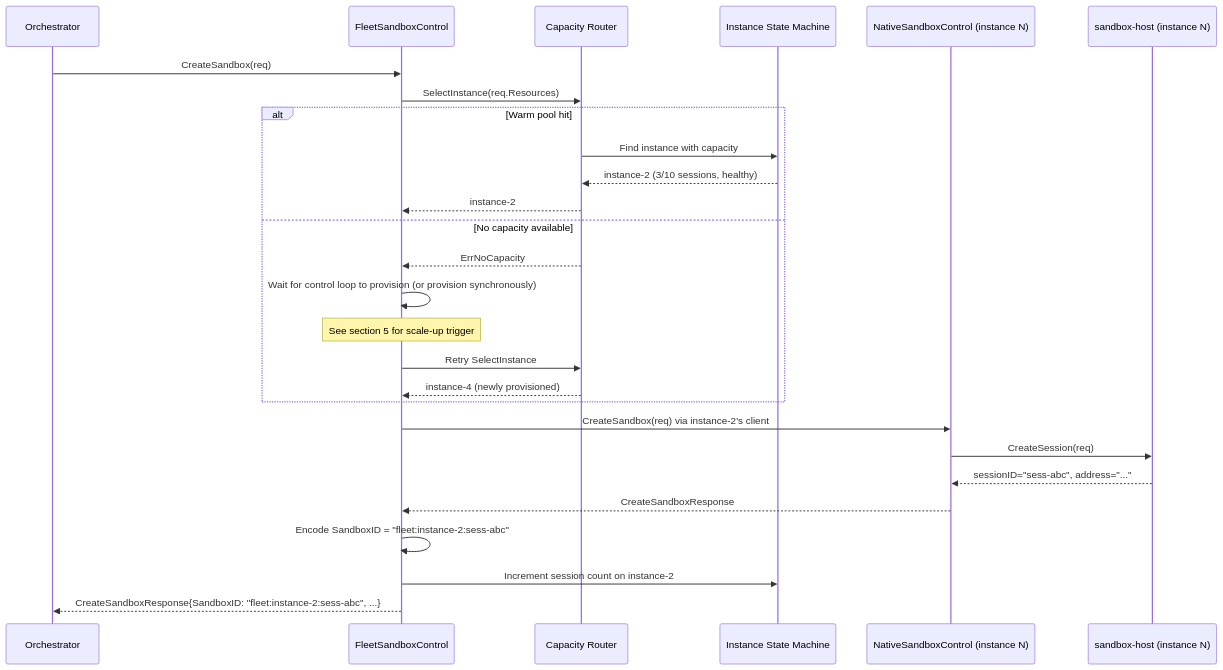
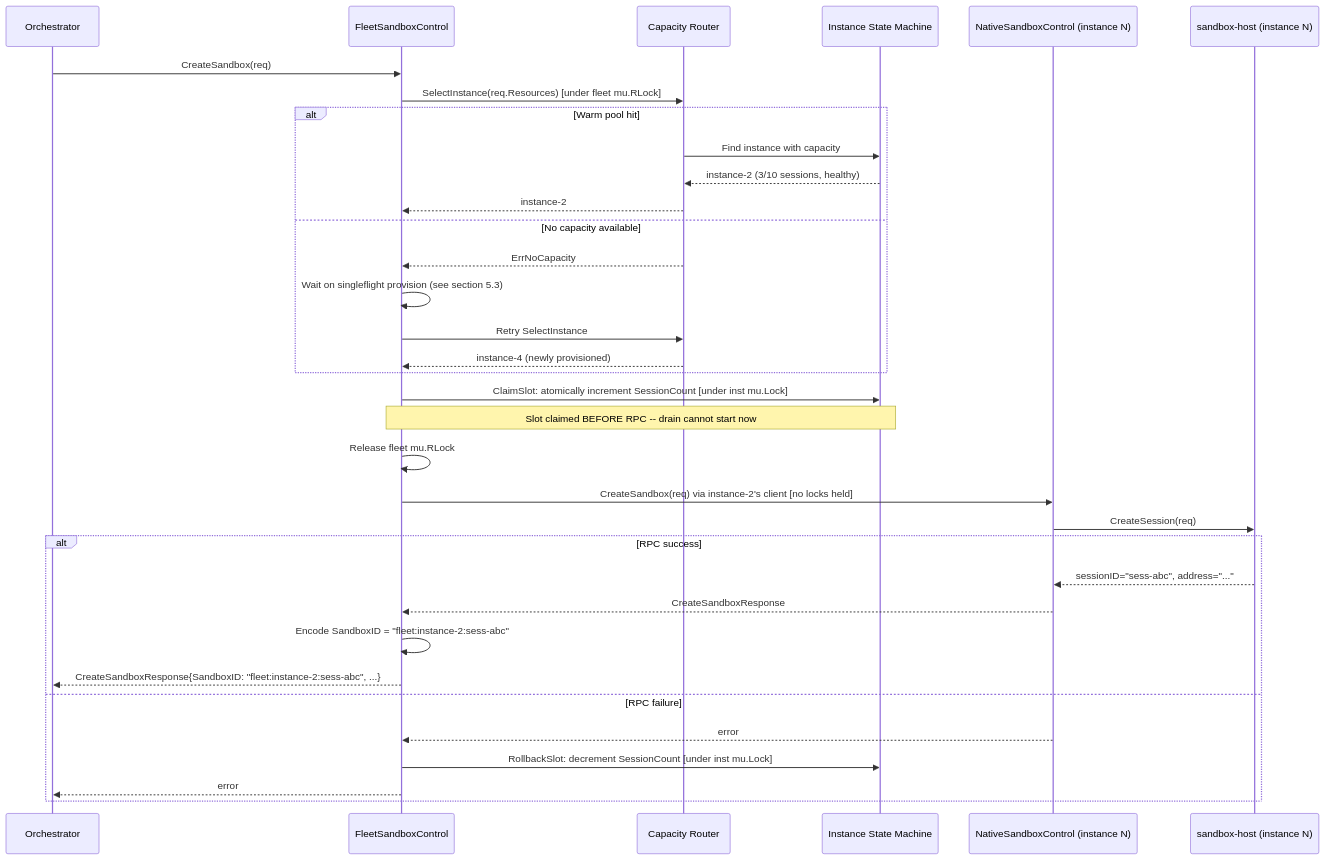
The second of 4 diagrams in docs/plans/20-fleet-management.md (dcosson/flex-agent-runtime), drawn with Mermaid before and after one commit. The commit also changed other lines of this file and 2 other files, not shown here.

First line of the commit message:
Incorporate review feedback into fleet management plan (20-fleet-management)

````diff
--- a/docs/plans/20-fleet-management.md
+++ b/docs/plans/20-fleet-management.md
@@ -325,33 +464,41 @@
 ```mermaid
 sequenceDiagram
     participant Caller as Orchestrator
     participant FSC as FleetSandboxControl
     participant RT as Capacity Router
     participant ISM as Instance State Machine
     participant NSC as NativeSandboxControl (instance N)
     participant SH as sandbox-host (instance N)
 
     Caller->>FSC: CreateSandbox(req)
-    FSC->>RT: SelectInstance(req.Resources)
+    FSC->>RT: SelectInstance(req.Resources) [under fleet mu.RLock]
 
     alt Warm pool hit
         RT->>ISM: Find instance with capacity
         ISM-->>RT: instance-2 (3/10 sessions, healthy)
         RT-->>FSC: instance-2
     else No capacity available
         RT-->>FSC: ErrNoCapacity
-        FSC->>FSC: Wait for control loop to provision (or provision synchronously)
-        Note over FSC: See section 5 for scale-up trigger
+        FSC->>FSC: Wait on singleflight provision (see section 5.3)
         FSC->>RT: Retry SelectInstance
         RT-->>FSC: instance-4 (newly provisioned)
     end
 
-    FSC->>NSC: CreateSandbox(req) via instance-2's client
+    FSC->>ISM: ClaimSlot: atomically increment SessionCount [under inst mu.Lock]
+    Note over FSC,ISM: Slot claimed BEFORE RPC -- drain cannot start now
+    FSC->>FSC: Release fleet mu.RLock
+
+    FSC->>NSC: CreateSandbox(req) via instance-2's client [no locks held]
     NSC->>SH: CreateSession(req)
-    SH-->>NSC: sessionID="sess-abc", address="..."
-    NSC-->>FSC: CreateSandboxResponse
 
-    FSC->>FSC: Encode SandboxID = "fleet:instance-2:sess-abc"
-    FSC->>ISM: Increment session count on instance-2
-    FSC-->>Caller: CreateSandboxResponse{SandboxID: "fleet:instance-2:sess-abc", ...}
+    alt RPC success
+        SH-->>NSC: sessionID="sess-abc", address="..."
+        NSC-->>FSC: CreateSandboxResponse
+        FSC->>FSC: Encode SandboxID = "fleet:instance-2:sess-abc"
+        FSC-->>Caller: CreateSandboxResponse{SandboxID: "fleet:instance-2:sess-abc", ...}
+    else RPC failure
+        NSC-->>FSC: error
+        FSC->>ISM: RollbackSlot: decrement SessionCount [under inst mu.Lock]
+        FSC-->>Caller: error
+    end
 ```
````
